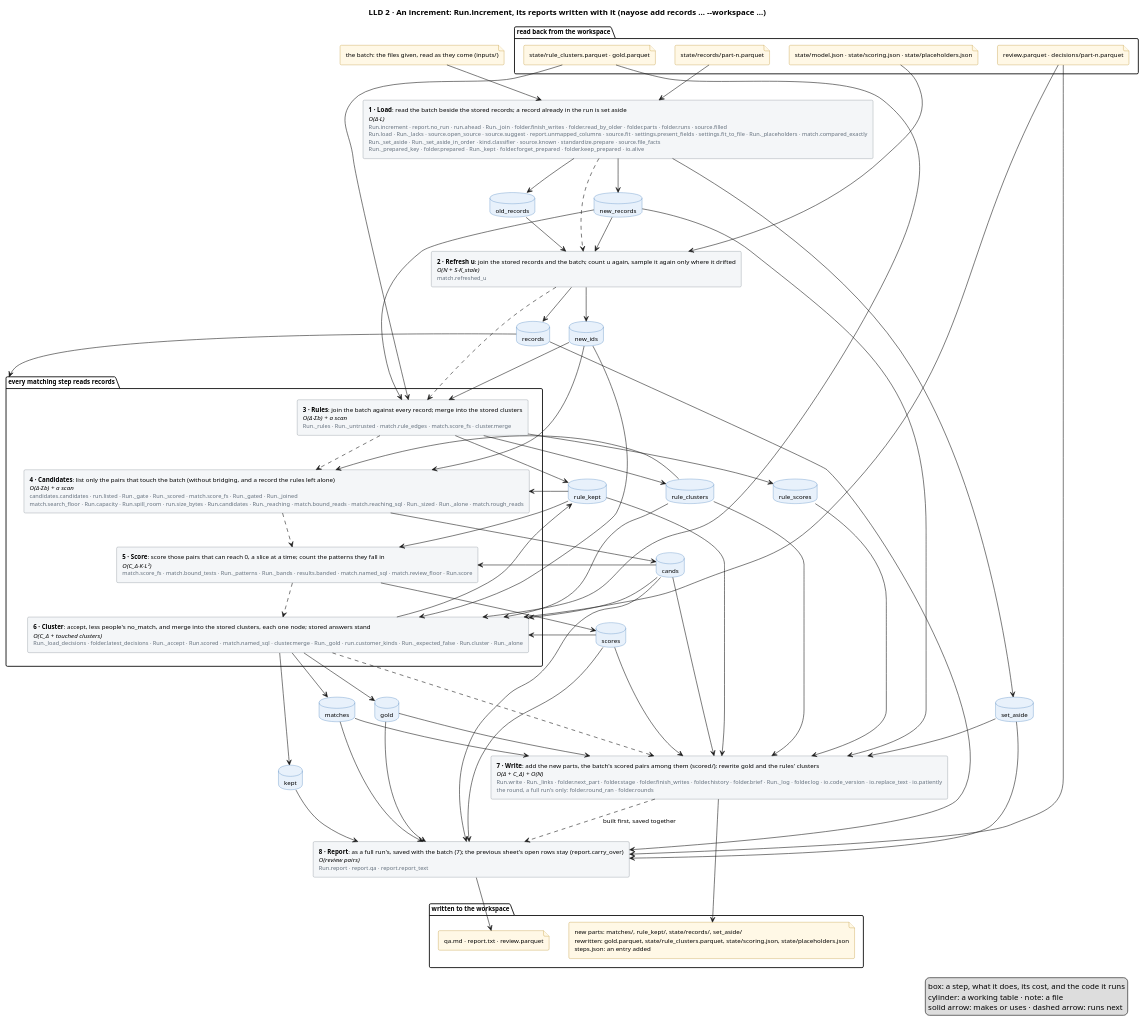
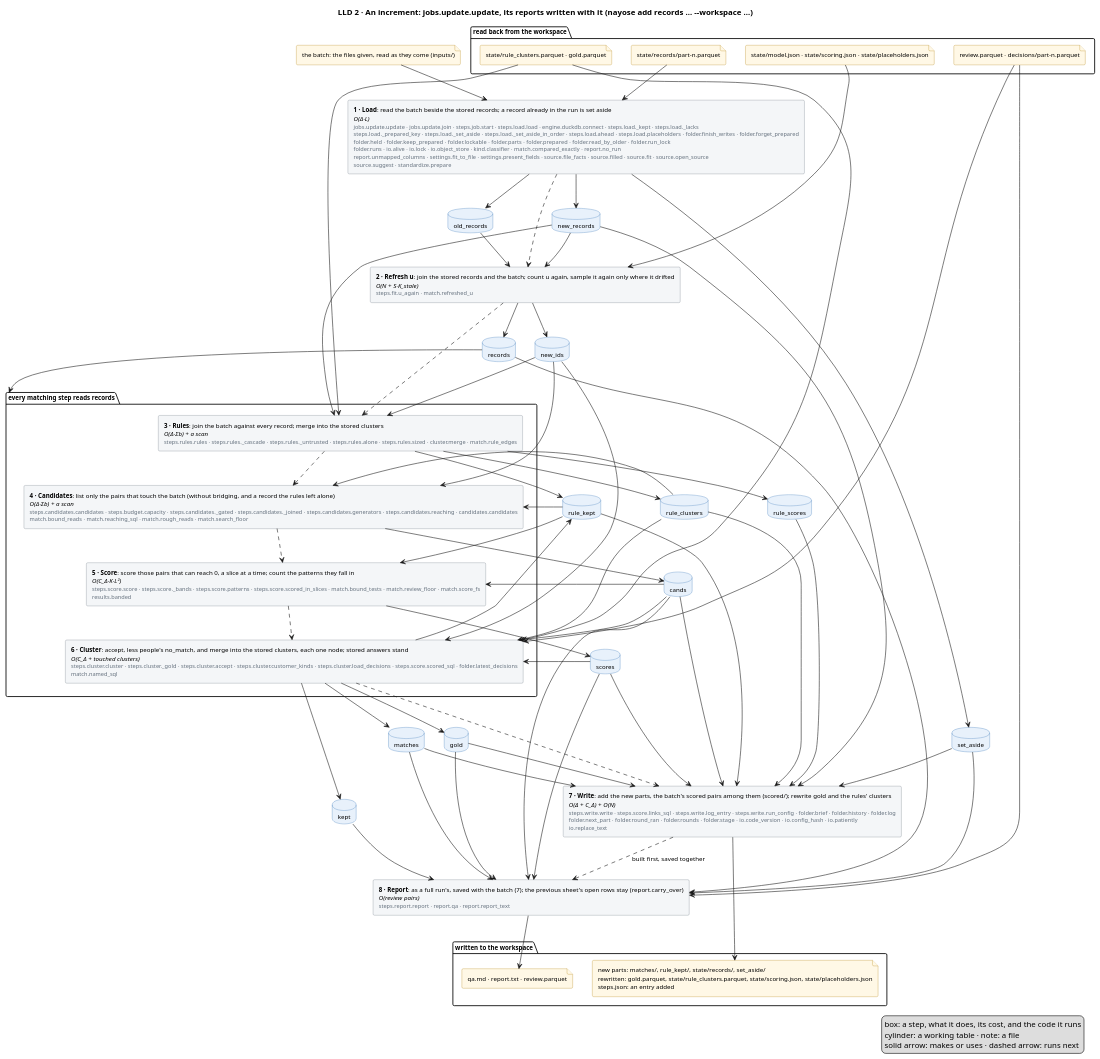
The diagram in docs/diagrams/increment.puml (mvsbm/entity_matching), drawn with PlantUML before and after one commit. The commit also changed 61 other files, not shown here.

First line of the commit message:
The Run class goes: each step is one module with its inputs and result explicit (er/steps/), and each job reads top to bottom (er/jobs/)

```diff
--- a/docs/diagrams/increment.puml
+++ b/docs/diagrams/increment.puml
@@ -1,123 +1,123 @@
 @startuml increment
-title LLD 2 · An increment: Run.increment, its reports written with it (nayose add records … ~--workspace …)
+title LLD 2 · An increment: jobs.update.update, its reports written with it (nayose add records … ~--workspace …)
 skinparam defaultFontSize 11
 skinparam rectangle {
   BackgroundColor #F4F6F8
   BorderColor #65717E
 }
 skinparam database {
   BackgroundColor #E8F1FB
   BorderColor #2C6DB3
 }
 skinparam file {
   BackgroundColor #FFF8E6
   BorderColor #B07D00
 }
 
 package "read back from the workspace" {
   file "state/model.json · state/scoring.json · state/placeholders.json" as f_model
   file "state/records/part-n.parquet" as f_records
   file "state/rule_clusters.parquet · gold.parquet" as f_clusters
   file "review.parquet · decisions/part-n.parquet" as f_sheet
 }
 file "the batch: the files given, read as they come (inputs/)" as f_batch
 
 
-rectangle "<b>1 · Load</b>: read the batch beside the stored records; a record already in the run is set aside\n<i>O(Δ·L)</i>\n<size:10><color:#65717E>Run.increment · report.no_run · run.ahead · Run._join · folder.finish_writes · folder.read_by_older · folder.parts · folder.runs · source.filled</color></size>\n<size:10><color:#65717E>Run.load · Run._lacks · source.open_source · source.suggest · report.unmapped_columns · source.fit · settings.present_fields · settings.fit_to_file · Run._placeholders · match.compared_exactly</color></size>\n<size:10><color:#65717E>Run._set_aside · Run._set_aside_in_order · kind.classifier · source.known · standardize.prepare · source.file_facts</color></size>\n<size:10><color:#65717E>Run._prepared_key · folder.prepared · Run._kept · folder.forget_prepared · folder.keep_prepared · io.alive</color></size>" as load
-rectangle "<b>2 · Refresh u</b>: join the stored records and the batch; count u again, sample it again only where it drifted\n<i>O(N + S·K_stale)</i>\n<size:10><color:#65717E>match.refreshed_u</color></size>" as fit
+rectangle "<b>1 · Load</b>: read the batch beside the stored records; a record already in the run is set aside\n<i>O(Δ·L)</i>\n<size:10><color:#65717E>jobs.update.update · jobs.update.join · steps.job.start · steps.load.load · engine.duckdb.connect · steps.load._kept · steps.load._lacks</color></size>\n<size:10><color:#65717E>steps.load._prepared_key · steps.load._set_aside · steps.load._set_aside_in_order · steps.load.ahead · steps.load.placeholders · folder.finish_writes · folder.forget_prepared</color></size>\n<size:10><color:#65717E>folder.held · folder.keep_prepared · folder.lockable · folder.parts · folder.prepared · folder.read_by_older · folder.run_lock</color></size>\n<size:10><color:#65717E>folder.runs · io.alive · io.lock · io.object_store · kind.classifier · match.compared_exactly · report.no_run</color></size>\n<size:10><color:#65717E>report.unmapped_columns · settings.fit_to_file · settings.present_fields · source.file_facts · source.filled · source.fit · source.open_source</color></size>\n<size:10><color:#65717E>source.suggest · standardize.prepare</color></size>" as load
+rectangle "<b>2 · Refresh u</b>: join the stored records and the batch; count u again, sample it again only where it drifted\n<i>O(N + S·K_stale)</i>\n<size:10><color:#65717E>steps.fit.u_again · match.refreshed_u</color></size>" as fit
 package "every matching step reads records" as matching {
-  rectangle "<b>3 · Rules</b>: join the batch against every record; merge into the stored clusters\n<i>O(Δ·Σb) + a scan</i>\n<size:10><color:#65717E>Run._rules · Run._untrusted · match.rule_edges · match.score_fs · cluster.merge</color></size>" as rules
-  rectangle "<b>4 · Candidates</b>: list only the pairs that touch the batch (without bridging, and a record the rules left alone)\n<i>O(Δ·Σb) + a scan</i>\n<size:10><color:#65717E>candidates.candidates · run.listed · Run._gate · Run._scored · match.score_fs · Run._gated · Run._joined</color></size>\n<size:10><color:#65717E>match.search_floor · Run.capacity · Run.spill_room · run.size_bytes · Run.candidates · Run._reaching · match.bound_reads · match.reaching_sql · Run._sized · Run._alone · match.rough_reads</color></size>" as candidates
-  rectangle "<b>5 · Score</b>: score those pairs that can reach 0, a slice at a time; count the patterns they fall in\n<i>O(C_Δ·K·L²)</i>\n<size:10><color:#65717E>match.score_fs · match.bound_tests · Run._patterns · Run._bands · results.banded · match.named_sql · match.review_floor · Run.score</color></size>" as score
-  rectangle "<b>6 · Cluster</b>: accept, less people's no_match, and merge into the stored clusters, each one node; stored answers stand\n<i>O(C_Δ + touched clusters)</i>\n<size:10><color:#65717E>Run._load_decisions · folder.latest_decisions · Run._accept · Run.scored · match.named_sql · cluster.merge · Run._gold · run.customer_kinds · Run._expected_false · Run.cluster · Run._alone</color></size>" as cluster
+  rectangle "<b>3 · Rules</b>: join the batch against every record; merge into the stored clusters\n<i>O(Δ·Σb) + a scan</i>\n<size:10><color:#65717E>steps.rules.rules · steps.rules._cascade · steps.rules._untrusted · steps.rules.alone · steps.rules.sized · cluster.merge · match.rule_edges</color></size>" as rules
+  rectangle "<b>4 · Candidates</b>: list only the pairs that touch the batch (without bridging, and a record the rules left alone)\n<i>O(Δ·Σb) + a scan</i>\n<size:10><color:#65717E>steps.candidates.candidates · steps.budget.capacity · steps.candidates._gated · steps.candidates._joined · steps.candidates.generators · steps.candidates.reaching · candidates.candidates</color></size>\n<size:10><color:#65717E>match.bound_reads · match.reaching_sql · match.rough_reads · match.search_floor</color></size>" as candidates
+  rectangle "<b>5 · Score</b>: score those pairs that can reach 0, a slice at a time; count the patterns they fall in\n<i>O(C_Δ·K·L²)</i>\n<size:10><color:#65717E>steps.score.score · steps.score._bands · steps.score.patterns · steps.score.scored_in_slices · match.bound_tests · match.review_floor · match.score_fs</color></size>\n<size:10><color:#65717E>results.banded</color></size>" as score
+  rectangle "<b>6 · Cluster</b>: accept, less people's no_match, and merge into the stored clusters, each one node; stored answers stand\n<i>O(C_Δ + touched clusters)</i>\n<size:10><color:#65717E>steps.cluster.cluster · steps.cluster._gold · steps.cluster.accept · steps.cluster.customer_kinds · steps.cluster.load_decisions · steps.score.scored_sql · folder.latest_decisions</color></size>\n<size:10><color:#65717E>match.named_sql</color></size>" as cluster
 }
-rectangle "<b>7 · Write</b>: add the new parts, the batch's scored pairs among them (scored/); rewrite gold and the rules' clusters\n<i>O(Δ + C_Δ) + O(N)</i>\n<size:10><color:#65717E>Run.write · Run._links · folder.next_part · folder.stage · folder.finish_writes · folder.history · folder.brief · Run._log · folder.log · io.code_version · io.replace_text · io.patiently</color></size>\n<size:10><color:#65717E>the round, a full run's only: folder.round_ran · folder.rounds</color></size>" as write
-rectangle "<b>8 · Report</b>: as a full run's, saved with the batch (7); the previous sheet's open rows stay (report.carry_over)\n<i>O(review pairs)</i>\n<size:10><color:#65717E>Run.report · report.qa · report.report_text</color></size>" as report
+rectangle "<b>7 · Write</b>: add the new parts, the batch's scored pairs among them (scored/); rewrite gold and the rules' clusters\n<i>O(Δ + C_Δ) + O(N)</i>\n<size:10><color:#65717E>steps.write.write · steps.score.links_sql · steps.write.log_entry · steps.write.run_config · folder.brief · folder.history · folder.log</color></size>\n<size:10><color:#65717E>folder.next_part · folder.round_ran · folder.rounds · folder.stage · io.code_version · io.config_hash · io.patiently</color></size>\n<size:10><color:#65717E>io.replace_text</color></size>" as write
+rectangle "<b>8 · Report</b>: as a full run's, saved with the batch (7); the previous sheet's open rows stay (report.carry_over)\n<i>O(review pairs)</i>\n<size:10><color:#65717E>steps.report.report · report.qa · report.report_text</color></size>" as report
 database "old_records" as old_records
 database "new_records" as new_records
 database "set_aside" as set_aside
 database "records" as records
 database "new_ids" as new_ids
 database "rule_clusters" as rule_clusters
 database "rule_kept" as rule_kept
 database "cands" as cands
 database "scores" as scores
 database "rule_scores" as rule_scores
 database "matches" as matches
 database "kept" as kept
 database "gold" as gold
 
 package "written to the workspace" {
   file "new parts: matches/, rule_kept/, state/records/, set_aside/\nrewritten: gold.parquet, state/rule_clusters.parquet, state/scoring.json, state/placeholders.json\nsteps.json: an entry added" as f_out
   file "qa.md · report.txt · review.parquet" as f_people
 }
 
 f_batch --> load
 f_records --> load
 f_model --> fit
 f_clusters --> rules
 f_clusters --> cluster
 f_sheet --> cluster
 f_sheet --> report
 
 load ..> fit
 fit ..> rules
 rules ..> candidates
 candidates ..> score
 score ..> cluster
 cluster ..> write
 write ..> report : built first, saved together
 
 load --> old_records
 load --> new_records
 load --> set_aside
 old_records --> fit
 new_records --> fit
 fit --> records
 fit --> new_ids
 records --> matching
 new_records --> rules
 new_ids --> rules
 rules --> rule_clusters
 rules --> rule_kept
 rules --> rule_scores
 rule_scores --> write
 cands --> write
 scores --> write
 new_ids --> candidates
 candidates --> cands
 cands --> score
 score --> scores
 new_ids --> cluster
 rule_clusters --> candidates
 rule_clusters --> cluster
 cands --> cluster
 scores --> cluster
 cluster --> matches
 cluster --> kept
 cluster --> rule_kept
 kept --> report
 cluster --> gold
 new_records --> write
 rule_clusters --> write
 rule_kept --> write
 rule_kept --> score
 rule_kept --> candidates
 matches --> write
 gold --> write
 set_aside --> write
 records --> report
 cands --> report
 scores --> report
 matches --> report
 gold --> report
 set_aside --> report
 
 write --> f_out
 report --> f_people
 legend right
   box: a step, what it does, its cost, and the code it runs
   cylinder: a working table · note: a file
   solid arrow: makes or uses · dashed arrow: runs next
 endlegend
 @enduml
```
